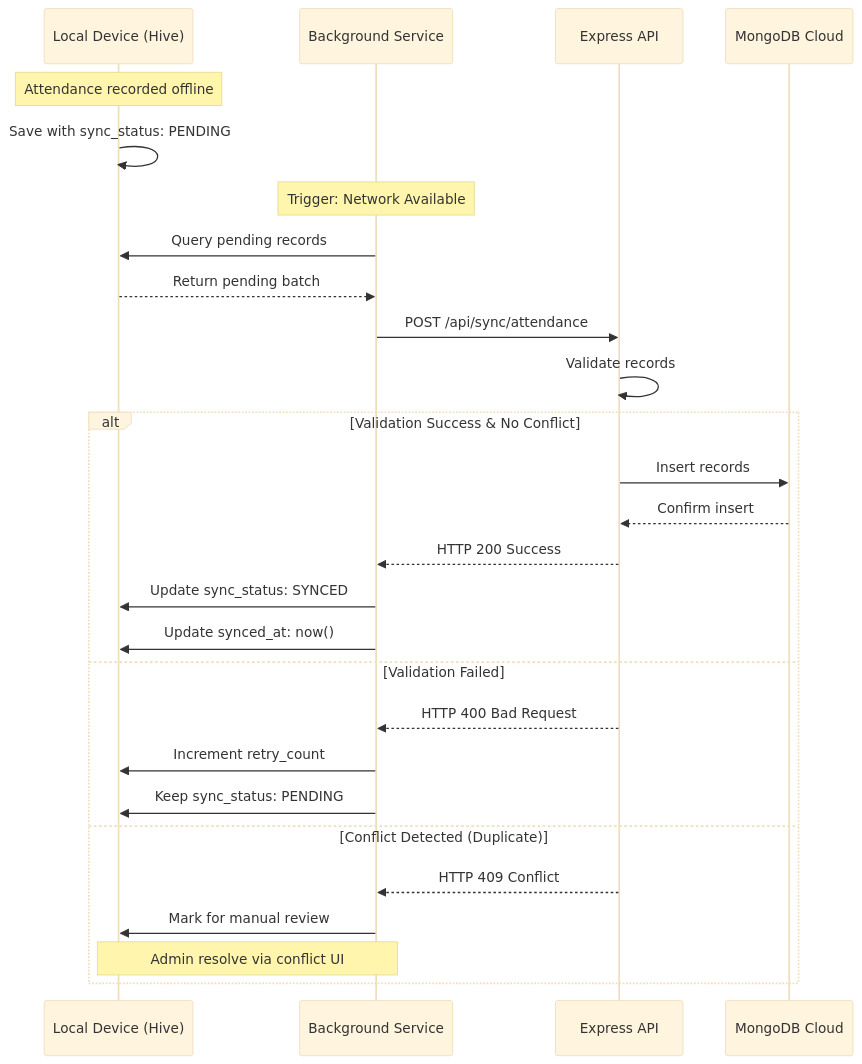
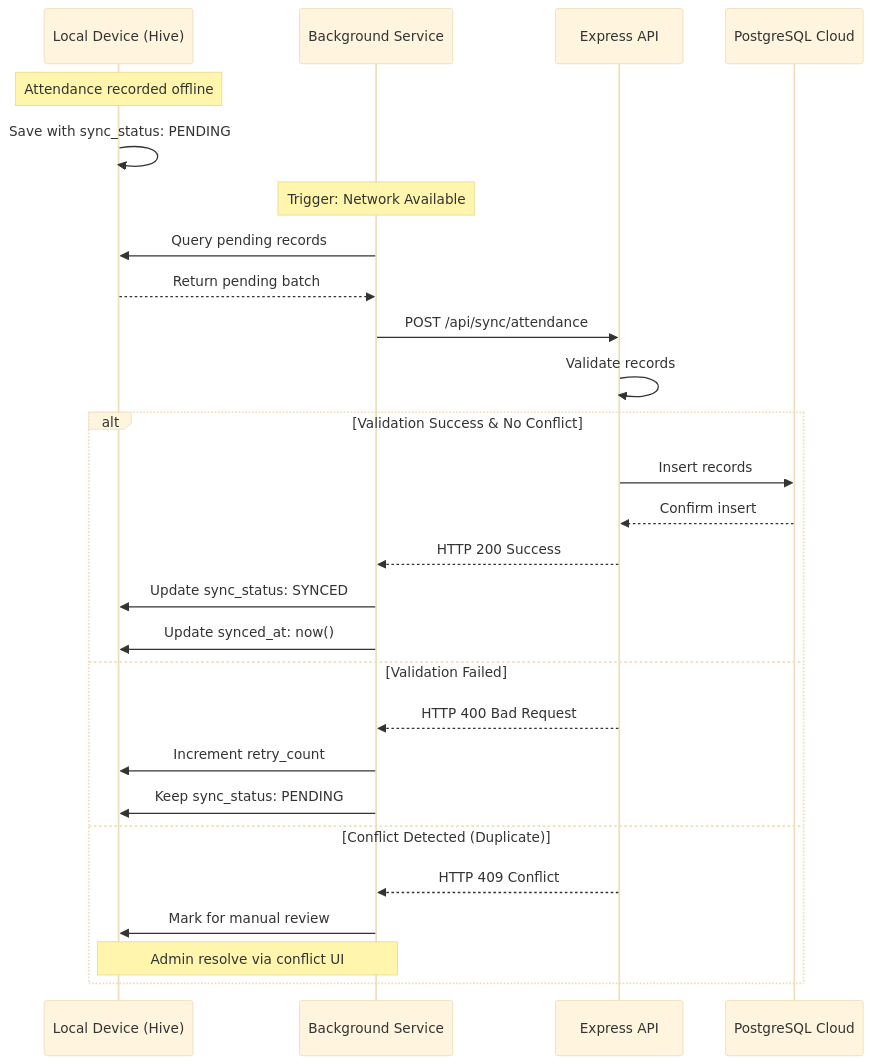
Before and after one commit to ikhsan3adi/kegiatin: the fourth of 4 diagrams in .docs/md/spesifikasi-topik.md, drawn with Mermaid (base theme). The commit also changed other lines of this file and 3 other files, not shown here.

Commit message:
docs: update database references from MongoDB to PostgreSQL

````diff
--- a/.docs/md/spesifikasi-topik.md
+++ b/.docs/md/spesifikasi-topik.md
@@ -537,33 +537,33 @@
 ```mermaid
 sequenceDiagram
     participant L as Local Device (Hive)
     participant B as Background Service
     participant A as Express API
-    participant M as MongoDB Cloud
+    participant M as PostgreSQL Cloud
     
     Note over L: Attendance recorded offline
     L->>L: Save with sync_status: PENDING
     
     Note over B: Trigger: Network Available
     B->>L: Query pending records
     L-->>B: Return pending batch
     
     B->>A: POST /api/sync/attendance
     A->>A: Validate records
     
     alt Validation Success & No Conflict
         A->>M: Insert records
         M-->>A: Confirm insert
         A-->>B: HTTP 200 Success
         B->>L: Update sync_status: SYNCED
         B->>L: Update synced_at: now()
     else Validation Failed
         A-->>B: HTTP 400 Bad Request
         B->>L: Increment retry_count
         B->>L: Keep sync_status: PENDING
     else Conflict Detected (Duplicate)
         A-->>B: HTTP 409 Conflict
         B->>L: Mark for manual review
         Note over B,L: Admin resolve via conflict UI
     end
 ```
````
